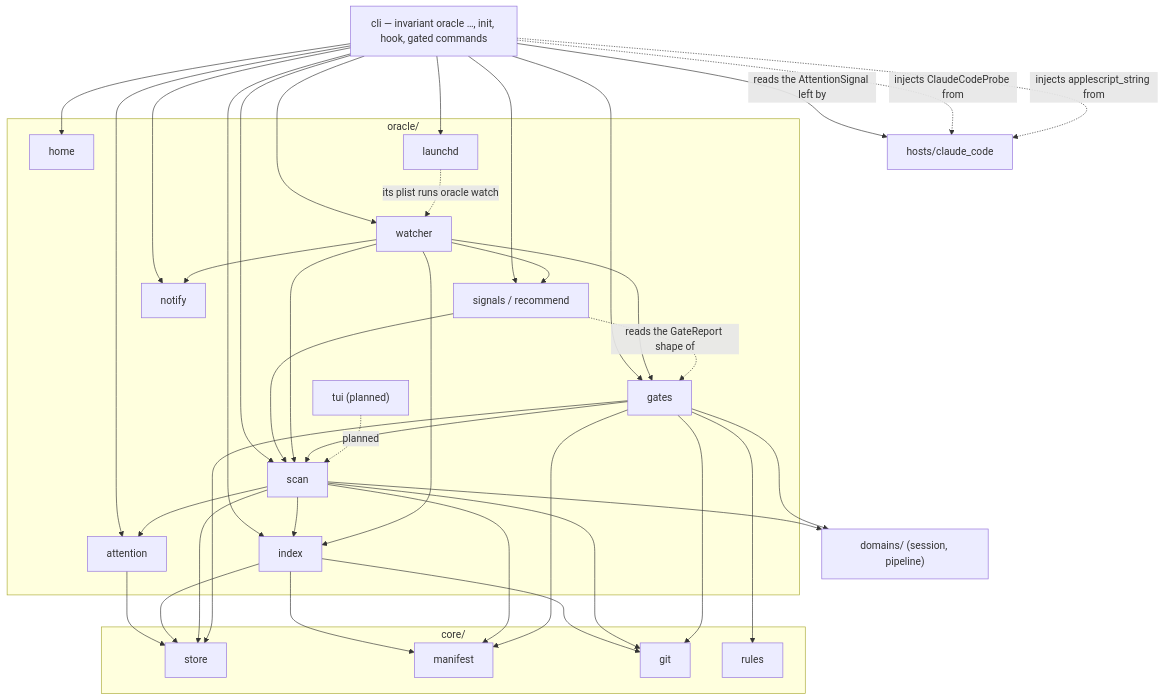
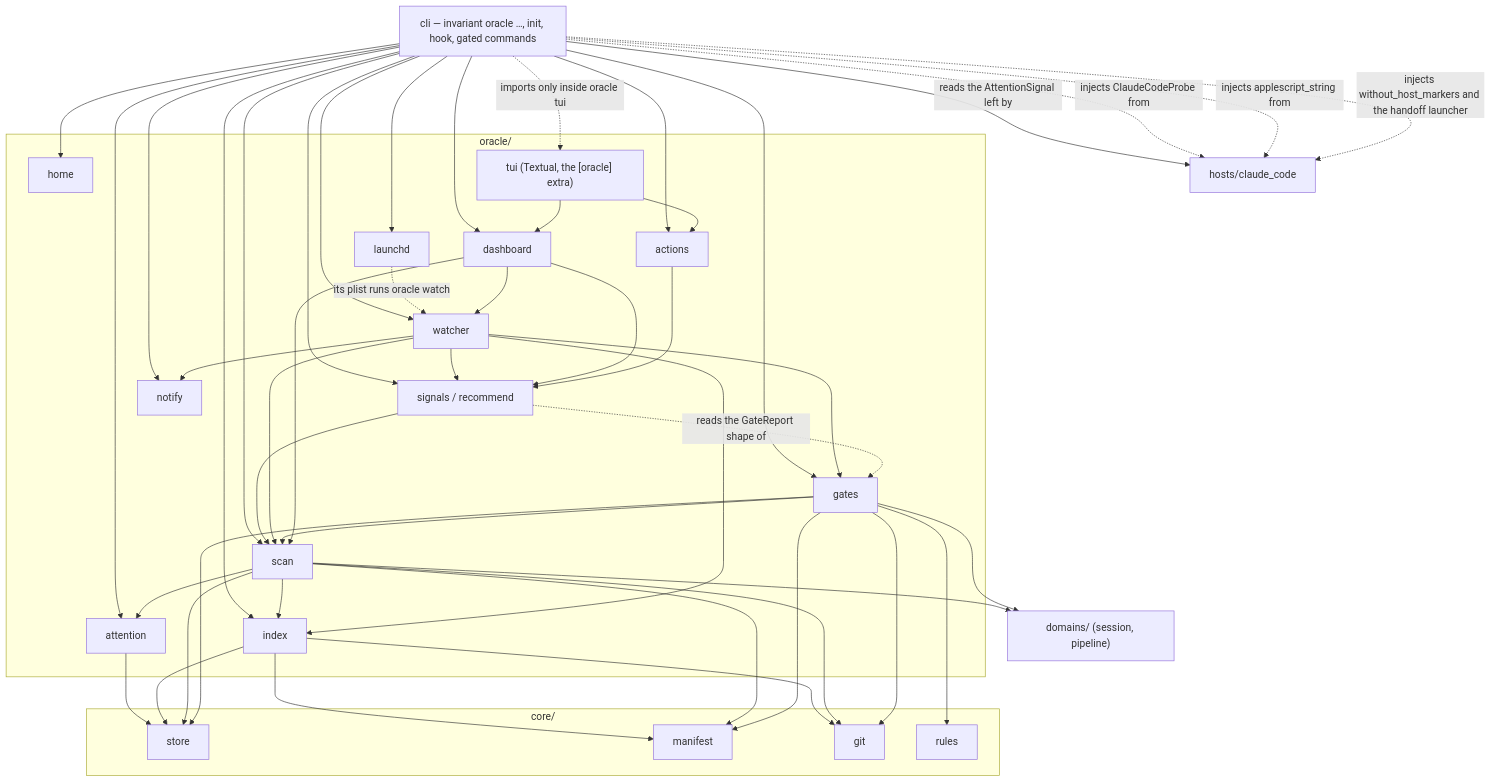
One commit to Mindchallenges/Invariant changed the diagram in docs/architecture/oracle.md. Above: the diagram before and after it, drawn with Mermaid. The commit also changed other lines of this file and 12 other files, not shown here.

````diff
--- a/docs/architecture/oracle.md
+++ b/docs/architecture/oracle.md
@@ -24,65 +25,76 @@
 ```mermaid
 graph TD
     CLI[cli — invariant oracle …, init, hook, gated commands]
     HOST["hosts/claude_code"]
 
     subgraph oracle["oracle/"]
         HOME[home]
         INDEX[index]
         ATTN[attention]
         SCAN[scan]
         SIGNALS["signals / recommend"]
         WATCH[watcher]
         GATES[gates]
         NOTIFY[notify]
         LAUNCHD[launchd]
-        TUI["tui (planned)"]
+        DASH[dashboard]
+        ACTIONS[actions]
+        TUI["tui (Textual, the [oracle] extra)"]
     end
 
     subgraph core["core/"]
         STORE[store]
         MANIFEST[manifest]
         GIT[git]
         RULES[rules]
     end
 
     DOMAINS["domains/ (session, pipeline)"]
 
     CLI --> HOME
     CLI --> INDEX
     CLI --> ATTN
     CLI --> SCAN
     CLI --> SIGNALS
     CLI -- reads the AttentionSignal left by --> HOST
     CLI --> WATCH
     CLI --> NOTIFY
     CLI -. injects ClaudeCodeProbe from .-> HOST
     CLI -. injects applescript_string from .-> HOST
     ATTN --> STORE
     INDEX --> STORE
     INDEX --> MANIFEST
     INDEX --> GIT
     SCAN --> DOMAINS
     SCAN --> INDEX
     SCAN --> ATTN
     SCAN --> STORE
     SCAN --> MANIFEST
     SCAN --> GIT
     SIGNALS --> SCAN
     WATCH --> SCAN
     WATCH --> SIGNALS
     WATCH --> INDEX
     WATCH --> NOTIFY
     CLI --> GATES
     WATCH --> GATES
     GATES --> SCAN
     GATES --> DOMAINS
     GATES --> STORE
     GATES --> MANIFEST
     GATES --> RULES
     GATES --> GIT
     SIGNALS -. reads the GateReport shape of .-> GATES
     CLI --> LAUNCHD
     LAUNCHD -. its plist runs oracle watch .-> WATCH
-    TUI -. planned .-> SCAN
+    CLI -. imports only inside oracle tui .-> TUI
+    CLI --> DASH
+    CLI --> ACTIONS
+    CLI -. injects without_host_markers and the handoff launcher .-> HOST
+    TUI --> DASH
+    TUI --> ACTIONS
+    DASH --> WATCH
+    DASH --> SIGNALS
+    DASH --> SCAN
+    ACTIONS --> SIGNALS
 ```
````
